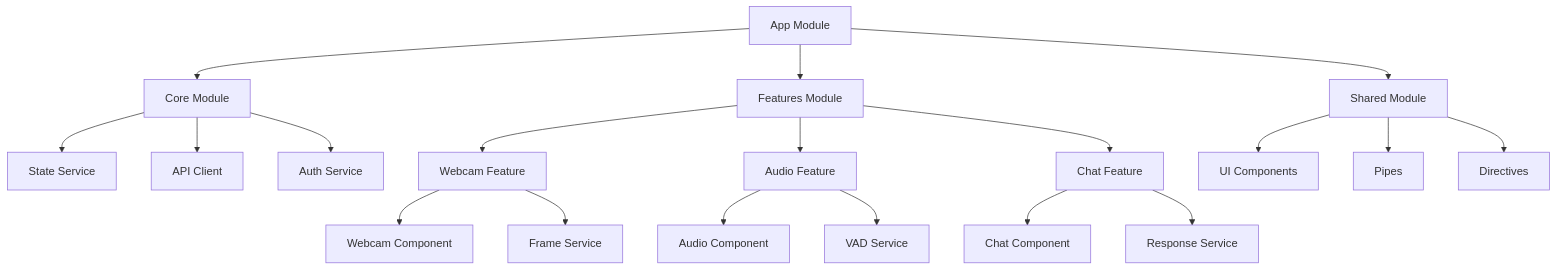
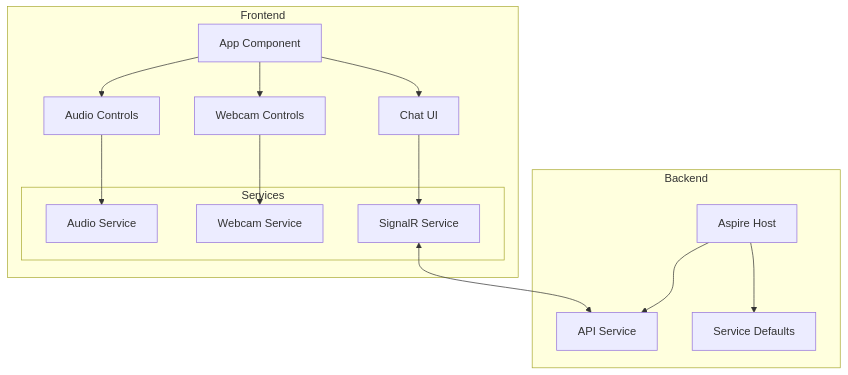
The third of 5 diagrams in README.md (mgpeter/desktop-companion), drawn with Mermaid before and after one commit. The commit also changed other lines of this file and 1 other file, not shown here.

````diff
--- a/README.md
+++ b/README.md
@@ -71,27 +305,31 @@
 ```mermaid
 graph TD
-    A[App Module] --> B[Core Module]
-    A --> C[Features Module]
-    A --> D[Shared Module]
+    subgraph Frontend
+        A[App Component]
+        B[Audio Controls]
+        C[Webcam Controls]
+        D[Chat UI]
+        
+        subgraph Services
+            E[Audio Service]
+            F[Webcam Service]
+            G[SignalR Service]
+        end
+        
+        A --> B & C & D
+        B --> E
+        C --> F
+        D --> G
+    end
     
-    B --> BA[State Service]
-    B --> BB[API Client]
-    B --> BC[Auth Service]
+    subgraph Backend
+        H[Aspire Host]
+        I[API Service]
+        J[Service Defaults]
+        
+        H --> I
+        H --> J
+    end
     
-    C --> CA[Webcam Feature]
-    C --> CB[Audio Feature]
-    C --> CC[Chat Feature]
-    
-    CA --> CAA[Webcam Component]
-    CA --> CAB[Frame Service]
-    
-    CB --> CBA[Audio Component]
-    CB --> CBB[VAD Service]
-    
-    CC --> CCA[Chat Component]
-    CC --> CCB[Response Service]
-    
-    D --> DA[UI Components]
-    D --> DB[Pipes]
-    D --> DC[Directives]
+    G <--> I
 ```
````
